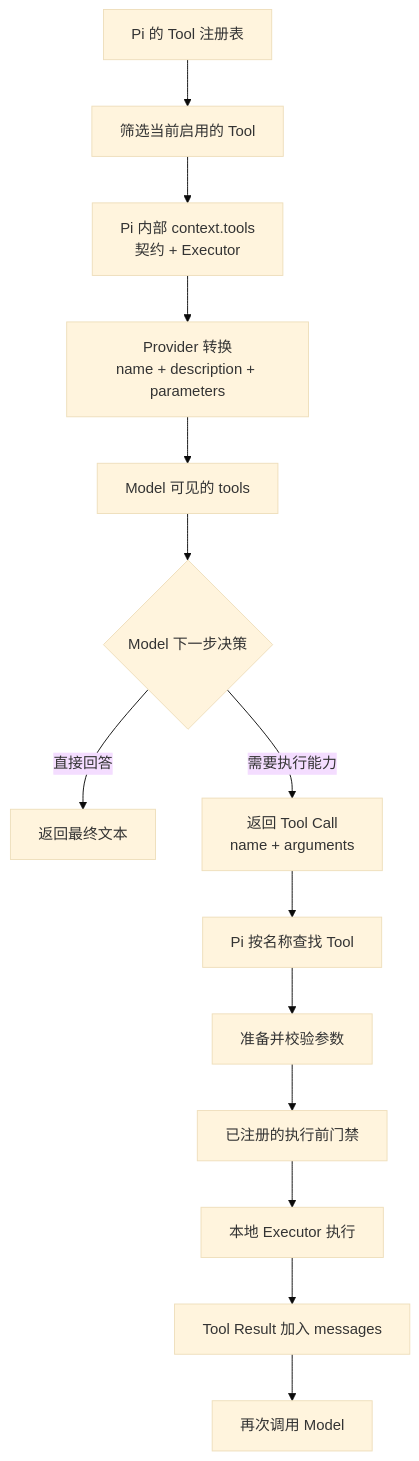
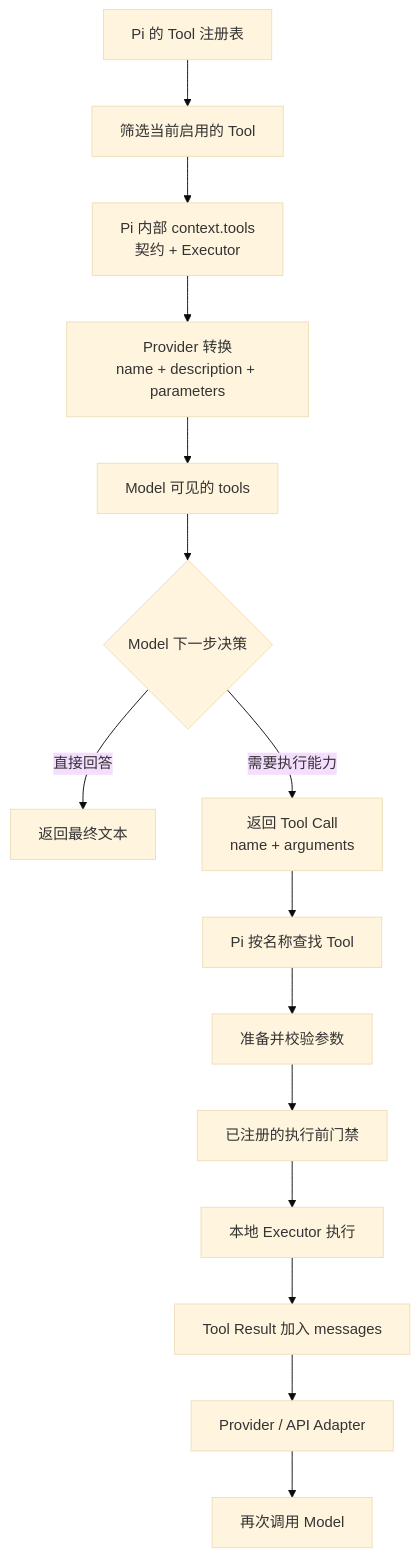
The eighth of 12 diagrams in docs/learning/01-architecture-and-context.md (small-xiexu/pi-study), drawn with Mermaid (base theme) before and after one commit. The commit also changed other lines of this file and 10 other files, not shown here.

````diff
--- a/docs/learning/01-architecture-and-context.md
+++ b/docs/learning/01-architecture-and-context.md
@@ -382,16 +368,17 @@
 ```mermaid
 flowchart TD
     A["Pi 的 Tool 注册表"] --> B["筛选当前启用的 Tool"]
     B --> C["Pi 内部 context.tools<br/>契约 + Executor"]
     C --> D["Provider 转换<br/>name + description + parameters"]
     D --> E["Model 可见的 tools"]
     E --> F{"Model 下一步决策"}
     F -->|"直接回答"| G["返回最终文本"]
     F -->|"需要执行能力"| H["返回 Tool Call<br/>name + arguments"]
     H --> I["Pi 按名称查找 Tool"]
     I --> J["准备并校验参数"]
     J --> K["已注册的执行前门禁"]
     K --> L["本地 Executor 执行"]
     L --> M["Tool Result 加入 messages"]
-    M --> N["再次调用 Model"]
+    M --> N["Provider / API Adapter"]
+    N --> O["再次调用 Model"]
 ```
````
